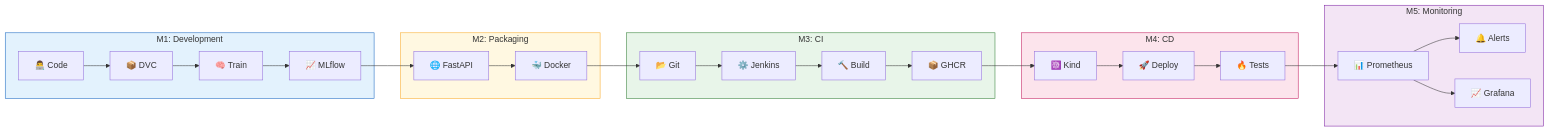
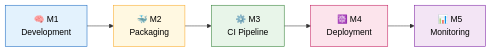
Before and after one commit to 2024aa05820/mlops-assignment2: the first of 6 diagrams in README.md, drawn with Mermaid. The commit also changed other lines of this file, not shown here.

Commit message:
Simplify and improve alignment of all architecture diagrams

````diff
--- a/README.md
+++ b/README.md
@@ -49,39 +49,16 @@
 ```mermaid
 flowchart LR
-    subgraph M1["M1: Development"]
-        DEV["👨‍💻 Code"] --> DVC["📦 DVC"]
-        DVC --> TRAIN["🧠 Train"]
-        TRAIN --> MLFLOW["📈 MLflow"]
-    end
+    M1["🧠 M1<br/>Development"]
+    M2["🐳 M2<br/>Packaging"]
+    M3["⚙️ M3<br/>CI Pipeline"]
+    M4["☸️ M4<br/>Deployment"]
+    M5["📊 M5<br/>Monitoring"]
 
-    subgraph M2["M2: Packaging"]
-        API["🌐 FastAPI"] --> DOCKER["🐳 Docker"]
-    end
+    M1 --> M2 --> M3 --> M4 --> M5
 
-    subgraph M3["M3: CI"]
-        GIT["📂 Git"] --> JENKINS["⚙️ Jenkins"]
-        JENKINS --> BUILD["🔨 Build"]
-        BUILD --> GHCR["📦 GHCR"]
-    end
-
-    subgraph M4["M4: CD"]
-        KIND["☸️ Kind"] --> K8S["🚀 Deploy"]
-        K8S --> SMOKE["🔥 Tests"]
-    end
-
-    subgraph M5["M5: Monitoring"]
-        PROM["📊 Prometheus"] --> ALERT["🔔 Alerts"]
-        PROM --> GRAF["📈 Grafana"]
-    end
-
-    MLFLOW --> API
-    DOCKER --> GIT
-    GHCR --> KIND
-    SMOKE --> PROM
-
-    style M1 fill:#e3f2fd,stroke:#1565c0
-    style M2 fill:#fff8e1,stroke:#f9a825
-    style M3 fill:#e8f5e9,stroke:#2e7d32
-    style M4 fill:#fce4ec,stroke:#c2185b
-    style M5 fill:#f3e5f5,stroke:#7b1fa2
+    style M1 fill:#e3f2fd,stroke:#1565c0,color:#000
+    style M2 fill:#fff8e1,stroke:#f9a825,color:#000
+    style M3 fill:#e8f5e9,stroke:#2e7d32,color:#000
+    style M4 fill:#fce4ec,stroke:#c2185b,color:#000
+    style M5 fill:#f3e5f5,stroke:#7b1fa2,color:#000
 ```
````
